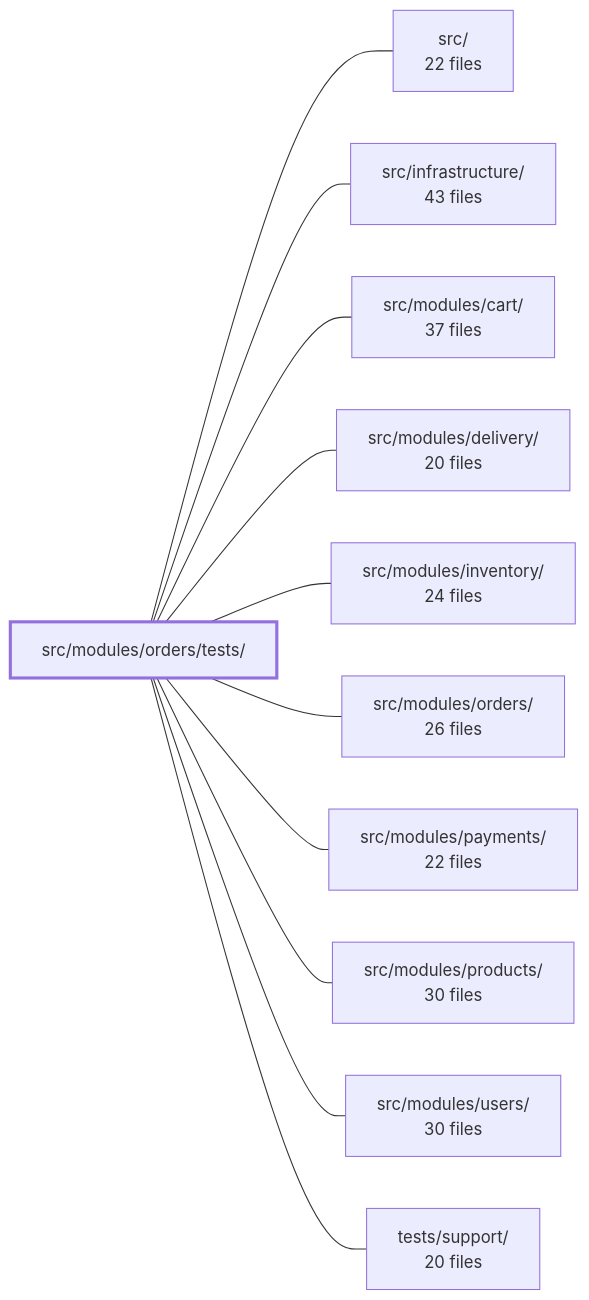
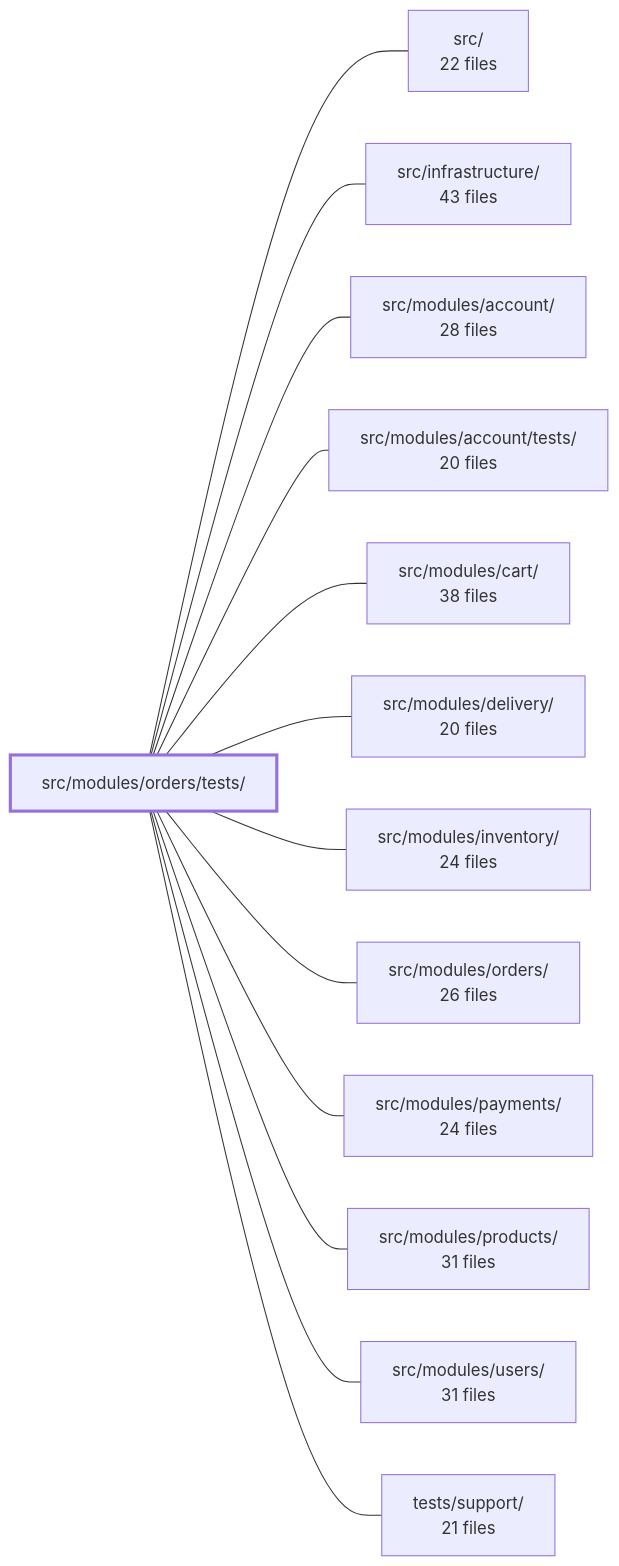
Before and after one commit to Guebbit/boilerplate-node-backend: the diagram in .2repo/modules/boilerplate-node-backend_src_modules_orders_tests.md, drawn with Mermaid. The commit also changed other lines of this file and 302 other files, not shown here.

First line of the commit message:
chore(2repo): refresh repo context, wiki, and architecture snapshots

````diff
--- a/.2repo/modules/boilerplate-node-backend_src_modules_orders_tests.md
+++ b/.2repo/modules/boilerplate-node-backend_src_modules_orders_tests.md
@@ -47,25 +53,29 @@
 ```mermaid
 flowchart LR
     m_src_modules_orders_tests["src/modules/orders/tests/"]
     m_src["src/<br/>22 files"]
     m_src_infrastructure["src/infrastructure/<br/>43 files"]
-    m_src_modules_cart["src/modules/cart/<br/>37 files"]
+    m_src_modules_account["src/modules/account/<br/>28 files"]
+    m_src_modules_account_tests["src/modules/account/tests/<br/>20 files"]
+    m_src_modules_cart["src/modules/cart/<br/>38 files"]
     m_src_modules_delivery["src/modules/delivery/<br/>20 files"]
     m_src_modules_inventory["src/modules/inventory/<br/>24 files"]
     m_src_modules_orders["src/modules/orders/<br/>26 files"]
-    m_src_modules_payments["src/modules/payments/<br/>22 files"]
-    m_src_modules_products["src/modules/products/<br/>30 files"]
-    m_src_modules_users["src/modules/users/<br/>30 files"]
-    m_tests_support["tests/support/<br/>20 files"]
+    m_src_modules_payments["src/modules/payments/<br/>24 files"]
+    m_src_modules_products["src/modules/products/<br/>31 files"]
+    m_src_modules_users["src/modules/users/<br/>31 files"]
+    m_tests_support["tests/support/<br/>21 files"]
     m_src_modules_orders_tests --- m_src
     m_src_modules_orders_tests --- m_src_infrastructure
+    m_src_modules_orders_tests --- m_src_modules_account
+    m_src_modules_orders_tests --- m_src_modules_account_tests
     m_src_modules_orders_tests --- m_src_modules_cart
     m_src_modules_orders_tests --- m_src_modules_delivery
     m_src_modules_orders_tests --- m_src_modules_inventory
     m_src_modules_orders_tests --- m_src_modules_orders
     m_src_modules_orders_tests --- m_src_modules_payments
     m_src_modules_orders_tests --- m_src_modules_products
     m_src_modules_orders_tests --- m_src_modules_users
     m_src_modules_orders_tests --- m_tests_support
     style m_src_modules_orders_tests stroke-width:3px
 ```
````
